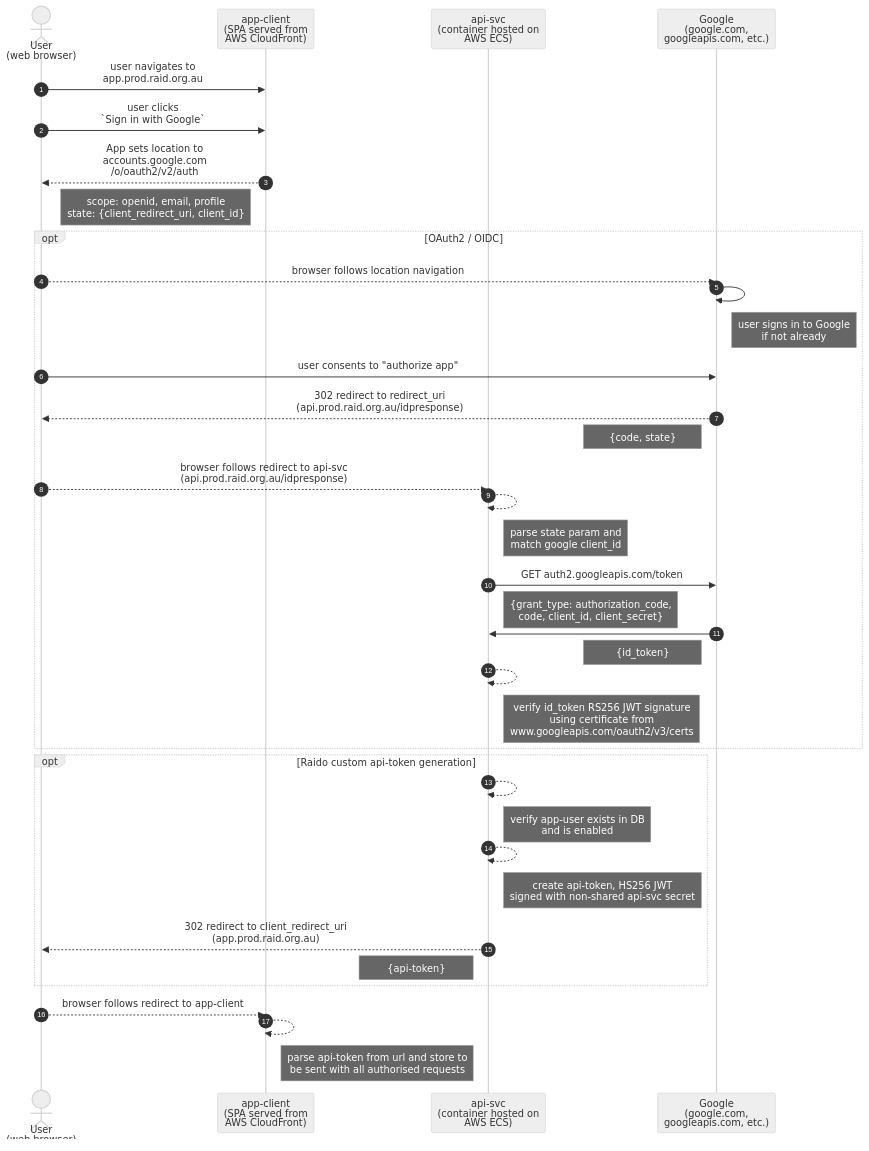
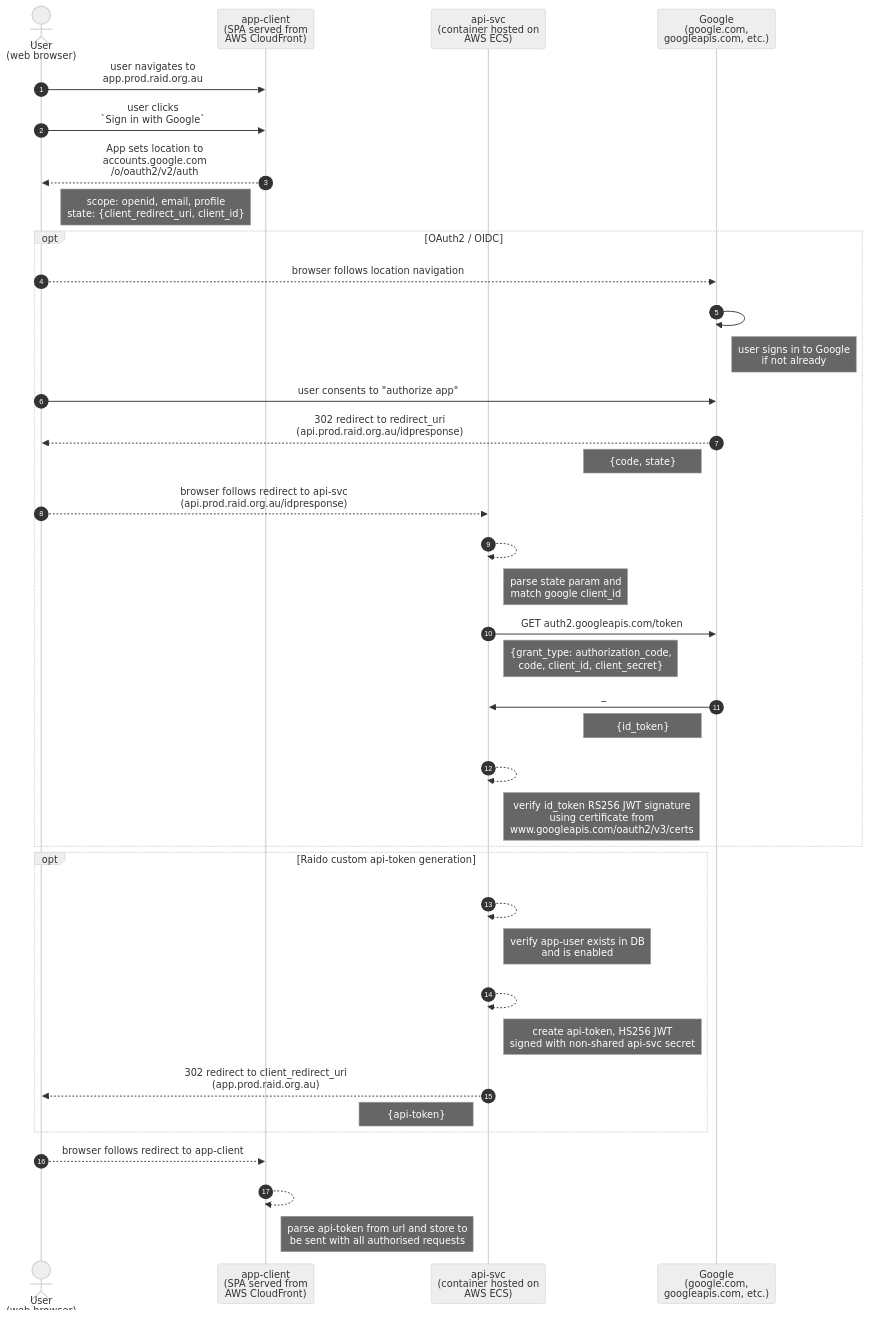
One commit to au-research/raido changed the diagram in doc/security/access-control/authentication/oauth2_api-token_exchange.md. Above: the diagram before and after it, drawn with Mermaid (neutral theme). The commit also changed 1 other file, not shown here.

Commit message:
doc authz-request flow

````diff
--- a/doc/security/access-control/authentication/oauth2_api-token_exchange.md
+++ b/doc/security/access-control/authentication/oauth2_api-token_exchange.md
@@ -15,52 +15,51 @@
 ```mermaid
 sequenceDiagram
 autonumber
 actor user as User<br/>(web browser)
 participant app as app-client<br/>(SPA served from<br/> AWS CloudFront) 
 participant client as api-svc<br/>(container hosted on<br/>AWS ECS)
 participant idp as Google<br/>(google.com,<br/>googleapis.com, etc.)
 
 user->>app: user navigates to <br/>app.prod.raid.org.au
 user->>app: user clicks<br/>`Sign in with Google`
 app-->>user: App sets location to <br/>accounts.google.com<br/>/o/oauth2/v2/auth
-note left of app: scope: openid, email, profile<br/>state: {client_redirect_uri, client_id}
-
+  note left of app: scope: openid, email, profile<br/>state: {client_redirect_uri, client_id}
 
 opt OAuth2 / OIDC
-user-->>idp: browser follows location navigation
-idp->>idp: 
-note right of idp: user signs in to Google<br/>if not already
-user->>idp: user consents to "authorize app"
-idp-->>user: 302 redirect to redirect_uri<br/>(api.prod.raid.org.au/idpresponse)
-note left of idp: {code, state}
-user-->>client: browser follows redirect to api-svc<br/>(api.prod.raid.org.au/idpresponse)
-
-client-->>client: 
-note right of client: parse state param and<br/>match google client_id
-
-client->>idp: GET auth2.googleapis.com/token
-note right of client: {grant_type: authorization_code,<br/>code, client_id, client_secret}
-idp->>client: 
-note left of idp: {id_token}
-
-client-->>client:  
-note right of client: verify id_token RS256 JWT signature<br/>using certificate from<br/>www.googleapis.com/oauth2/v3/certs
+  user-->>idp: browser follows location navigation
+  idp->>idp: _
+    note right of idp: user signs in to Google<br/>if not already
+  user->>idp: user consents to "authorize app"
+  idp-->>user: 302 redirect to redirect_uri<br/>(api.prod.raid.org.au/idpresponse)
+    note left of idp: {code, state}
+  user-->>client: browser follows redirect to api-svc<br/>(api.prod.raid.org.au/idpresponse)
+  
+  client-->>client: _
+    note right of client: parse state param and<br/>match google client_id
+  
+  client->>idp: GET auth2.googleapis.com/token
+    note right of client: {grant_type: authorization_code,<br/>code, client_id, client_secret}
+  idp->>client: _
+    note left of idp: {id_token}
+  
+  client-->>client: _  
+    note right of client: verify id_token RS256 JWT signature<br/>using certificate from<br/>www.googleapis.com/oauth2/v3/certs
 end
 
 
 opt Raido custom api-token generation
-client-->>client:  
-note right of client: verify app-user exists in DB<br/>and is enabled   
+  client-->>client: _
+    note right of client: verify app-user exists in DB<br/>and is enabled   
 
-client-->>client:  
-note right of client: create api-token, HS256 JWT<br/>signed with non-shared api-svc secret   
-
-client-->>user: 302 redirect to client_redirect_uri<br/>(app.prod.raid.org.au)
-note left of client: {api-token}
+  client-->>client: _ 
+    note right of client: create api-token, HS256 JWT<br/>signed with non-shared api-svc secret   
+  
+  client-->>user: 302 redirect to client_redirect_uri<br/>(app.prod.raid.org.au)
+    note left of client: {api-token}
 end
 
 user-->>app: browser follows redirect to app-client
-app-->>app: 
-note right of app: parse api-token from url and store to<br/>be sent with all authorised requests
+app-->>app: _
+  note right of app: parse api-token from url and store to<br/>be sent with all authorised requests
 
 ```
````
